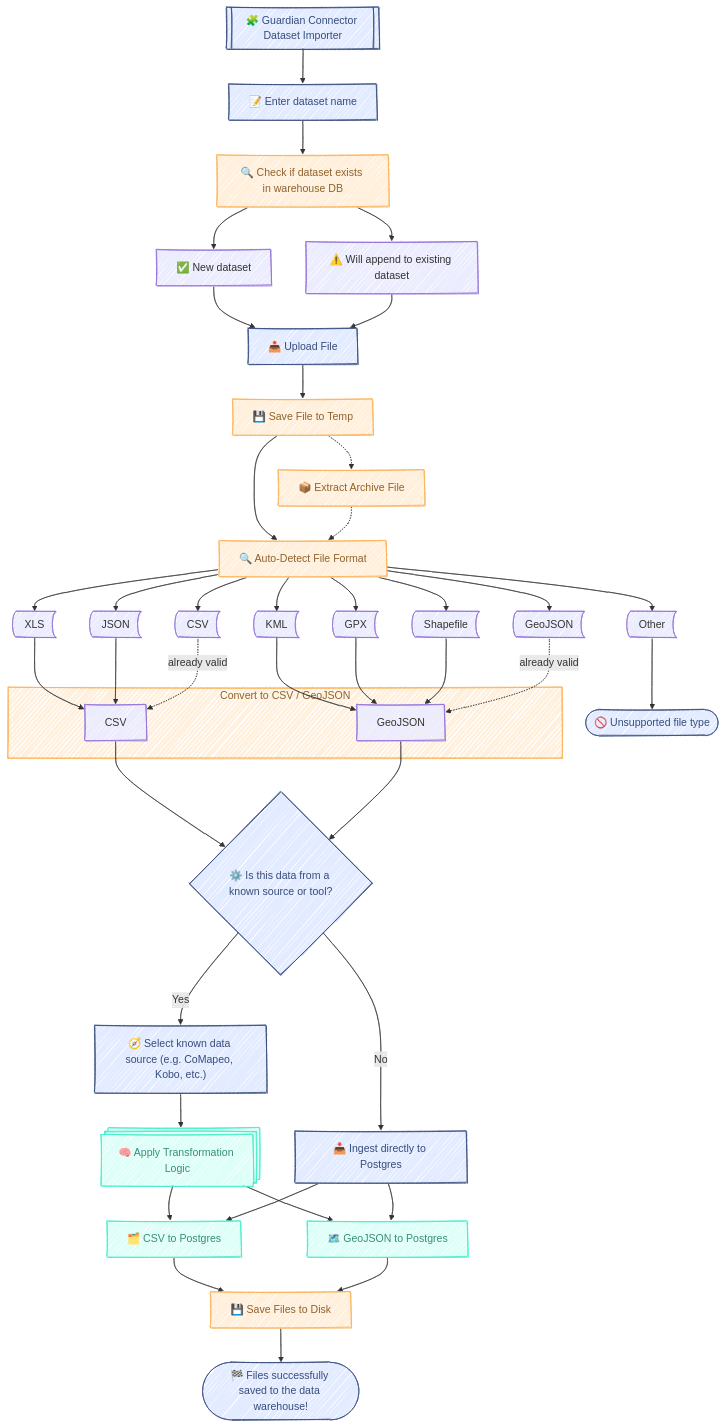
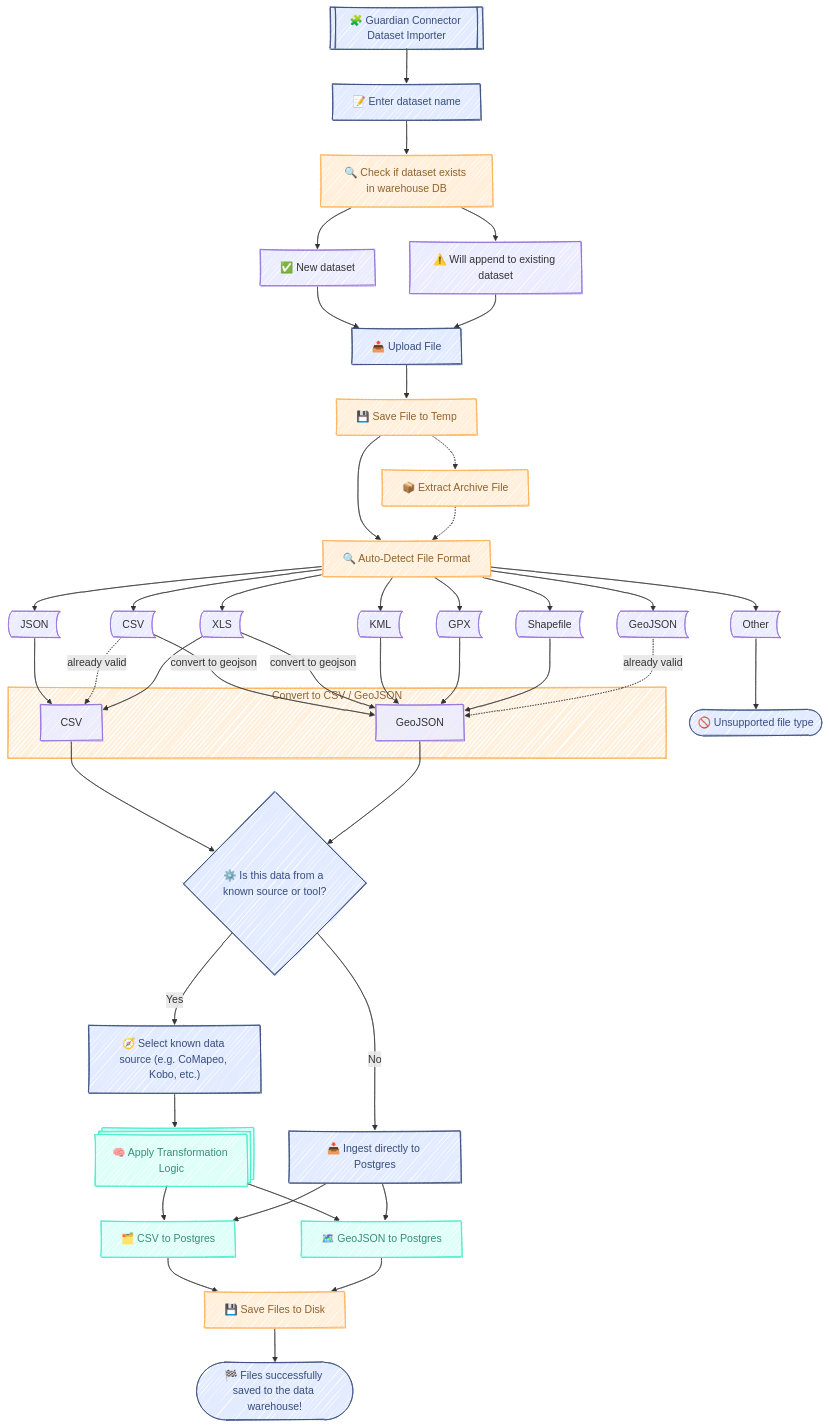
One commit to ConservationMetrics/gc-scripts-hub changed the diagram in f/apps/gc_dataset_importer.app/README.md. Above: the diagram before and after it, drawn with Mermaid. The commit also changed other lines of this file and 12 other files, not shown here.

First line of the commit message:
Dataset Uploader: allow CSV → GeoJSON conversion with user-defined coordinate columns (#224)

```diff
--- a/f/apps/gc_dataset_importer.app/README.md
+++ b/f/apps/gc_dataset_importer.app/README.md
@@ -71,9 +74,11 @@
     DetectFormat --> GeoJSON2["GeoJSON"] & CSV2["CSV"] & XLS & JSON & KML & GPX & Shapefile & Other
 
  %% Format conversion
-    XLS --> CSV
     JSON --> CSV
     CSV2 -. already valid .-> CSV
+    CSV2 -- convert to geojson --> GeoJSON
+    XLS --> CSV
+    XLS -- convert to geojson --> GeoJSON
     KML --> GeoJSON
     GPX --> GeoJSON
     Shapefile --> GeoJSON
```
